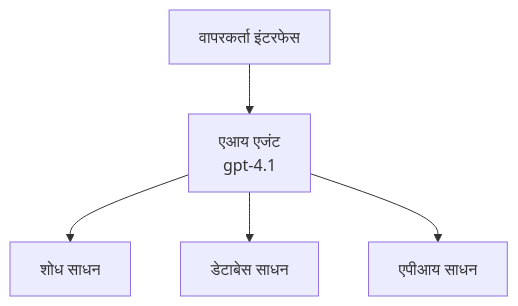
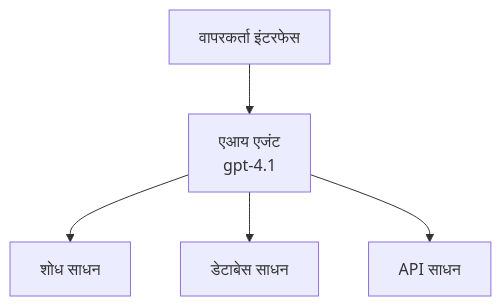
Before and after one commit to microsoft/AZD-for-beginners: the first of 3 diagrams in translations/mr/docs/chapter-02-ai-development/agents.md, drawn with Mermaid. The commit also changed other lines of this file and 62 other files, not shown here.

````diff
--- a/translations/mr/docs/chapter-02-ai-development/agents.md
+++ b/translations/mr/docs/chapter-02-ai-development/agents.md
@@ -162,7 +162,7 @@
 ```mermaid
 graph TD
     UI[वापरकर्ता इंटरफेस] --> Agent[एआय एजंट<br/>gpt-4.1]
     Agent --> Search[शोध साधन]
     Agent --> Database[डेटाबेस साधन]
-    Agent --> API[एपीआय साधन]
+    Agent --> API[API साधन]
 ```
````
